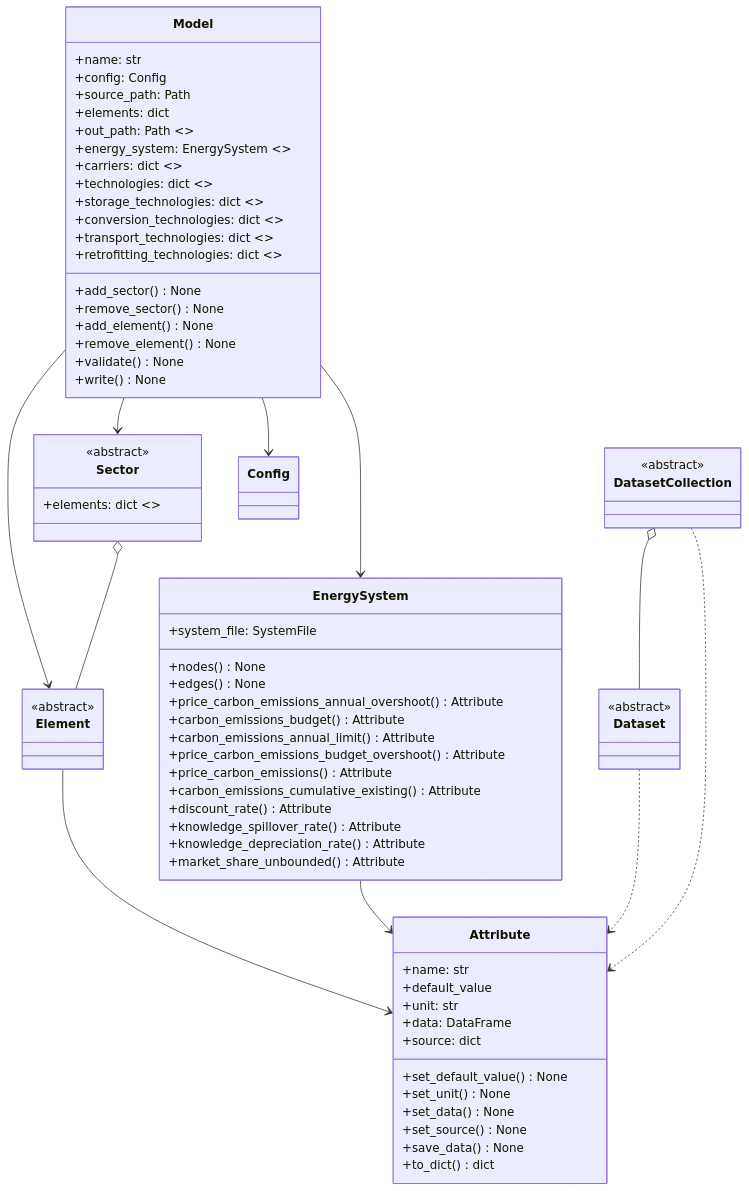
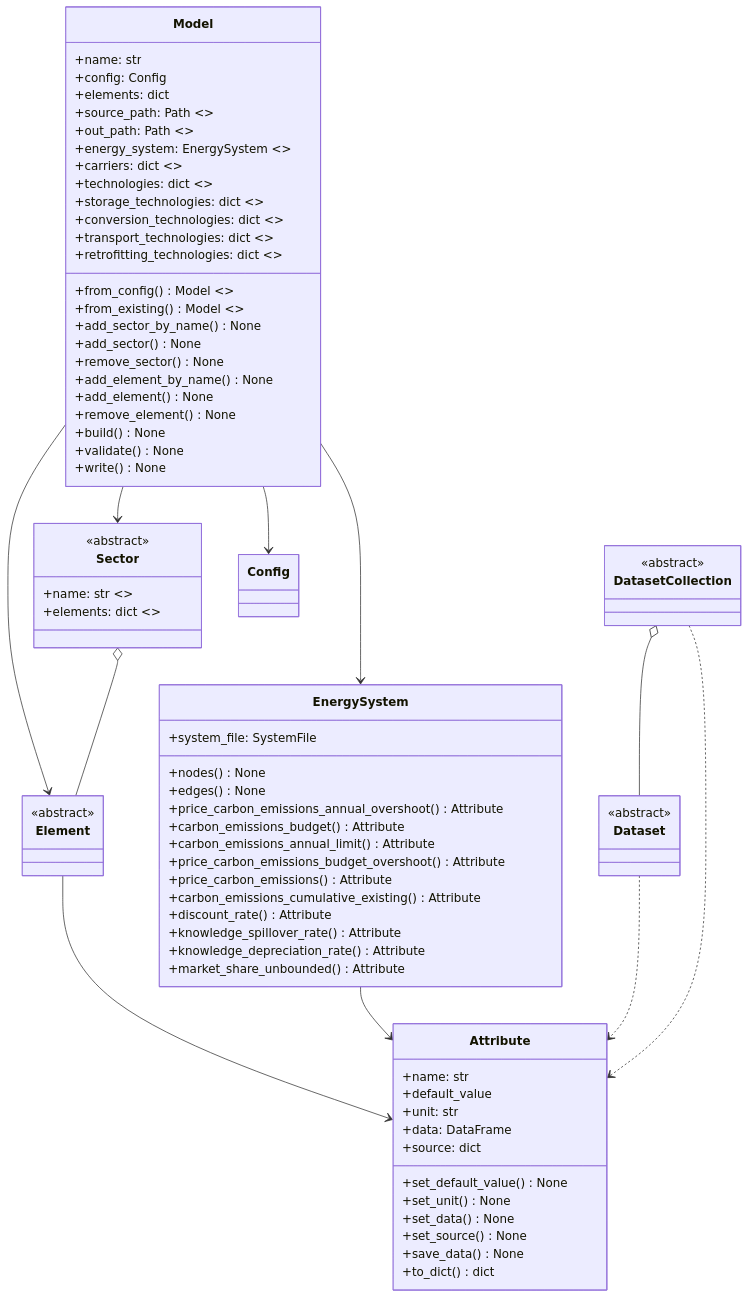
One commit to ZEN-universe/ZEN-creator changed the first of 3 diagrams in docs/files/developer_guide/class_diagram.rst. Above: the diagram before and after it, drawn with Mermaid. The commit also changed other lines of this file, not shown here.

First line of the commit message:
Update class diagrams (#6)

```diff
--- a/docs/files/developer_guide/class_diagram.rst
+++ b/docs/files/developer_guide/class_diagram.rst
@@ -11,24 +11,30 @@
        class Model {
            +name: str
            +config: Config
-           +source_path: Path
            +elements: dict
+           +source_path: Path <<property>>
            +out_path: Path <<property>>
-           +energy_system: EnergySystem <<cached_property>>
+           +energy_system: EnergySystem <<property>>
            +carriers: dict <<property>>
            +technologies: dict <<property>>
            +storage_technologies: dict <<property>>
            +conversion_technologies: dict <<property>>
            +transport_technologies: dict <<property>>
            +retrofitting_technologies: dict <<property>>
+           +from_config() Model <<constructor>>
+           +from_existing() Model <<constructor>>
+           +add_sector_by_name() None
            +add_sector() None
            +remove_sector() None
+           +add_element_by_name() None
            +add_element() None
            +remove_element() None
+           +build() None
            +validate() None
            +write() None
         }
         class Sector {
+           +name: str <<class attribute>>
            +elements: dict <<property>>
         }
         class Element{
```
